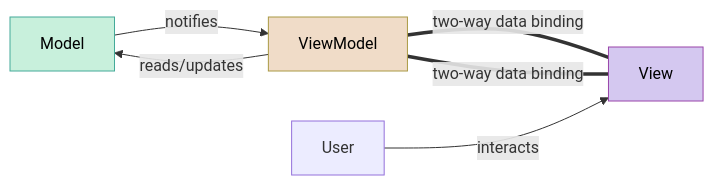
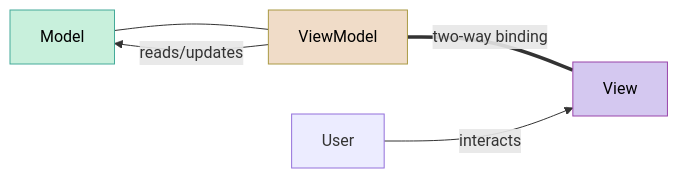
The diagram in lecture-slides/l30-gui2.mdx (neu-pdi/CS3100-Spring-2026), drawn with Mermaid before and after one commit. The commit also changed other lines of this file and 2 other files, not shown here.

````diff
--- a/lecture-slides/l30-gui2.mdx
+++ b/lecture-slides/l30-gui2.mdx
@@ -206,11 +206,10 @@
 ```mermaid
 graph LR
-    M[Model] -->|notifies| VM[ViewModel]
+    M[Model] --- VM[ViewModel]
     VM -->|reads/updates| M
-    VM ===|"two-way data binding"| V[View]
-    V ===|"two-way data binding"| VM
+    VM ===|"two-way binding"| V[View]
     U[User] -->|interacts| V
     style M fill:#c8f0dc,stroke:#4a9,color:#000
     style VM fill:#f0dcc8,stroke:#a94,color:#000
     style V fill:#d4c8f0,stroke:#94a,color:#000
 ```
````
